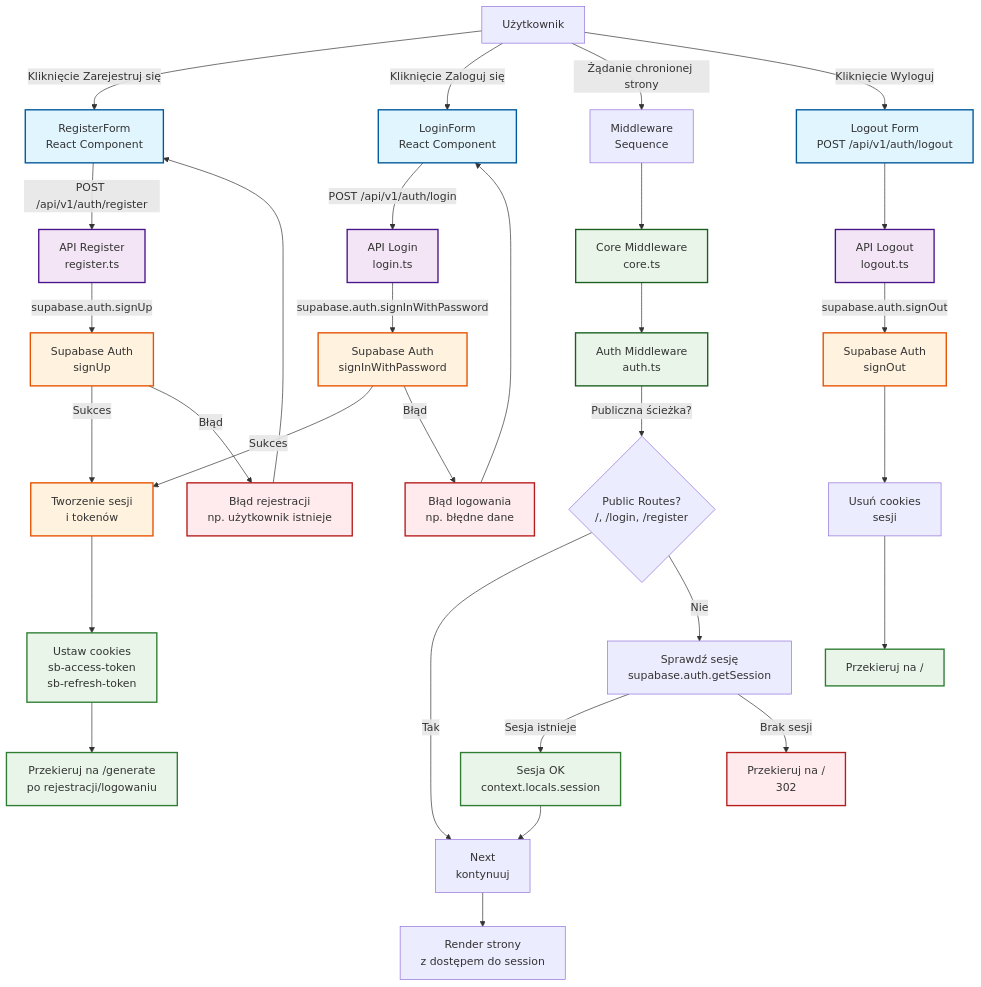
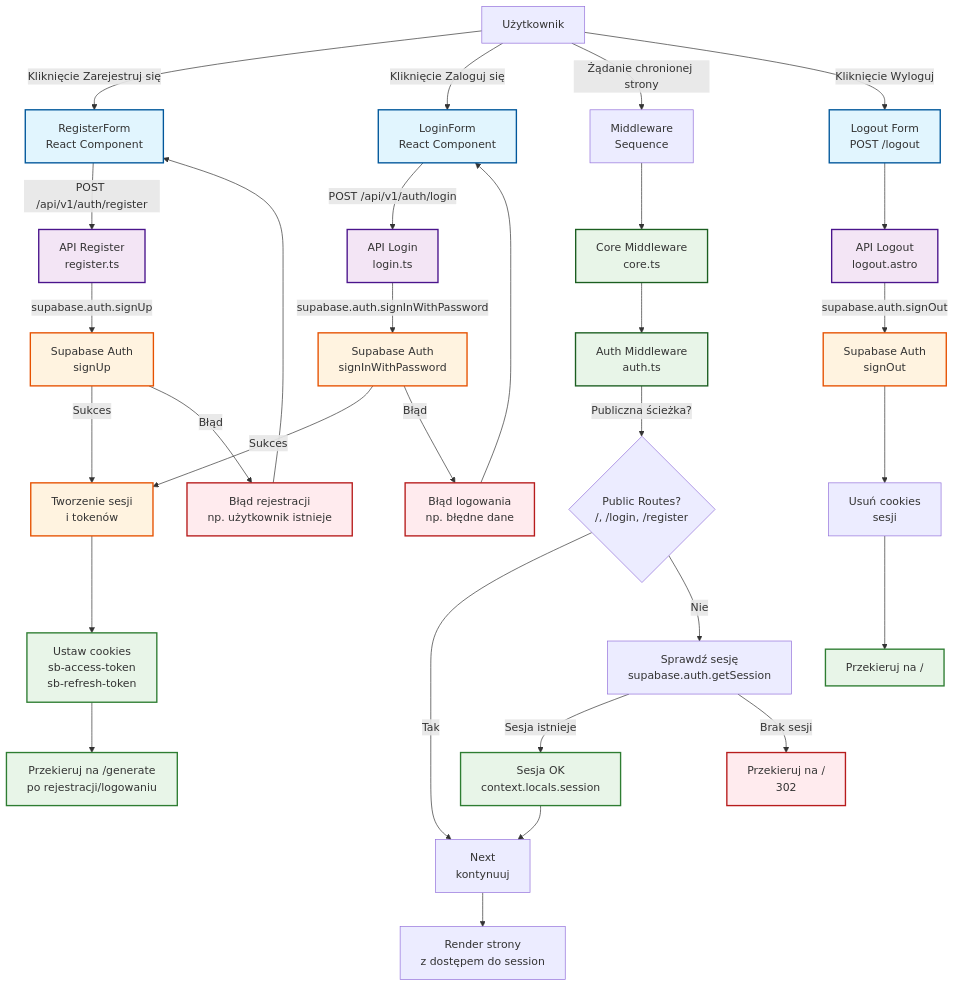
The diagram in .ai/features/auth/auth-diagram.md (KubasGC/10xcards-project), drawn with Mermaid before and after one commit. The commit also changed other lines of this file and 5 other files, not shown here.

````diff
--- a/.ai/features/auth/auth-diagram.md
+++ b/.ai/features/auth/auth-diagram.md
@@ -107,64 +107,64 @@
 ```mermaid
 flowchart TD
     %% Użytkownik i interfejs
     U[Użytkownik] -->|Kliknięcie Zarejestruj się| RF[RegisterForm<br/>React Component]
     U -->|Kliknięcie Zaloguj się| LF[LoginForm<br/>React Component]
     U -->|Żądanie chronionej strony| MW[Middleware<br/>Sequence]
 
     %% Formularze rejestracji i logowania
     RF -->|POST /api/v1/auth/register| ARE[API Register<br/>register.ts]
     LF -->|POST /api/v1/auth/login| ALI[API Login<br/>login.ts]
 
     %% API Endpoints
     ARE -->|supabase.auth.signUp| SA[Supabase Auth<br/>signUp]
     ALI -->|supabase.auth.signInWithPassword| SAL[Supabase Auth<br/>signInWithPassword]
 
     %% Supabase Auth
     SA -->|Sukces| SESS[Tworzenie sesji<br/>i tokenów]
     SAL -->|Sukces| SESS
     SA -->|Błąd| ERR_R[Błąd rejestracji<br/>np. użytkownik istnieje]
     SAL -->|Błąd| ERR_L[Błąd logowania<br/>np. błędne dane]
 
     %% Middleware sekwencja
     MW --> CM[Core Middleware<br/>core.ts]
     CM --> AM[Auth Middleware<br/>auth.ts]
 
     AM -->|Publiczna ścieżka?| PUB{Public Routes?<br/>/, /login, /register}
     PUB -->|Tak| NEXT[Next<br/>kontynuuj]
     PUB -->|Nie| CHK[Sprawdź sesję<br/>supabase.auth.getSession]
 
     CHK -->|Sesja istnieje| AUTH_OK[Sesja OK<br/>context.locals.session]
     CHK -->|Brak sesji| REDIR_HOME[Przekieruj na /<br/>302]
 
     %% Obsługa błędów i sukcesów
     ERR_R --> RF
     ERR_L --> LF
     AUTH_OK --> NEXT
     NEXT --> PAGE[Render strony<br/>z dostępem do session]
 
     %% Sesja i cookies
     SESS --> COOKIES[Ustaw cookies<br/>sb-access-token<br/>sb-refresh-token]
     COOKIES --> REDIR_GEN[Przekieruj na /generate<br/>po rejestracji/logowaniu]
 
     %% Wylogowanie
-    U -->|Kliknięcie Wyloguj| LOGOUT[Logout Form<br/>POST /api/v1/auth/logout]
-    LOGOUT --> ALO[API Logout<br/>logout.ts]
+    U -->|Kliknięcie Wyloguj| LOGOUT[Logout Form<br/>POST /logout]
+    LOGOUT --> ALO[API Logout<br/>logout.astro]
     ALO -->|supabase.auth.signOut| SAO[Supabase Auth<br/>signOut]
     SAO --> CLR[Usuń cookies<br/>sesji]
     CLR --> REDIR_ROOT[Przekieruj na /]
 
     %% Style dla lepszej czytelności
     classDef frontend fill:#e1f5fe,stroke:#01579b,stroke-width:2px
     classDef backend fill:#f3e5f5,stroke:#4a148c,stroke-width:2px
     classDef middleware fill:#e8f5e8,stroke:#1b5e20,stroke-width:2px
     classDef auth fill:#fff3e0,stroke:#e65100,stroke-width:2px
     classDef error fill:#ffebee,stroke:#b71c1c,stroke-width:2px
     classDef success fill:#e8f5e8,stroke:#2e7d32,stroke-width:2px
 
     class RF,LF,LOGOUT frontend
     class ARE,ALI,ALO backend
     class CM,AM middleware
     class SA,SAL,SAO,SESS auth
     class ERR_R,ERR_L,REDIR_HOME error
     class AUTH_OK,COOKIES,REDIR_GEN,REDIR_ROOT success
 ```
````
